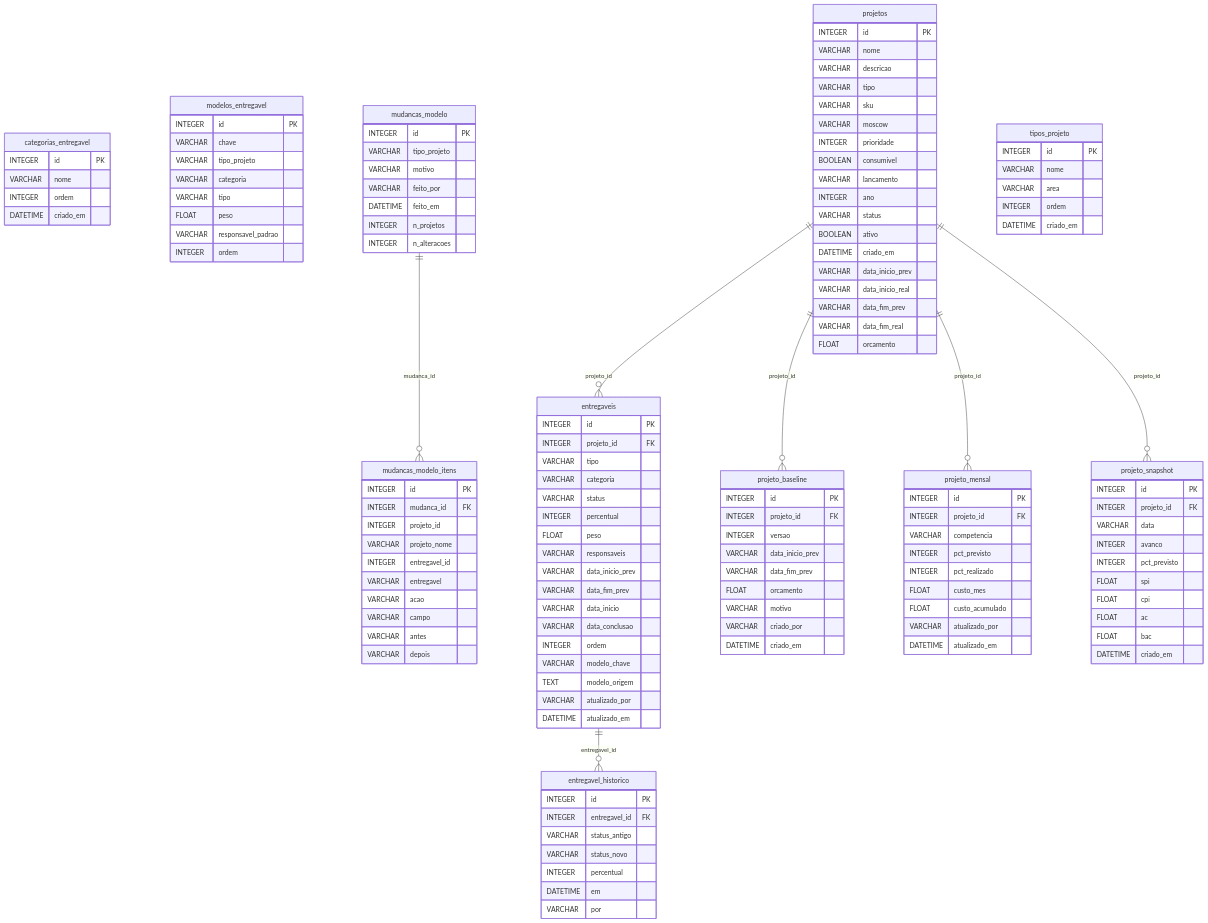
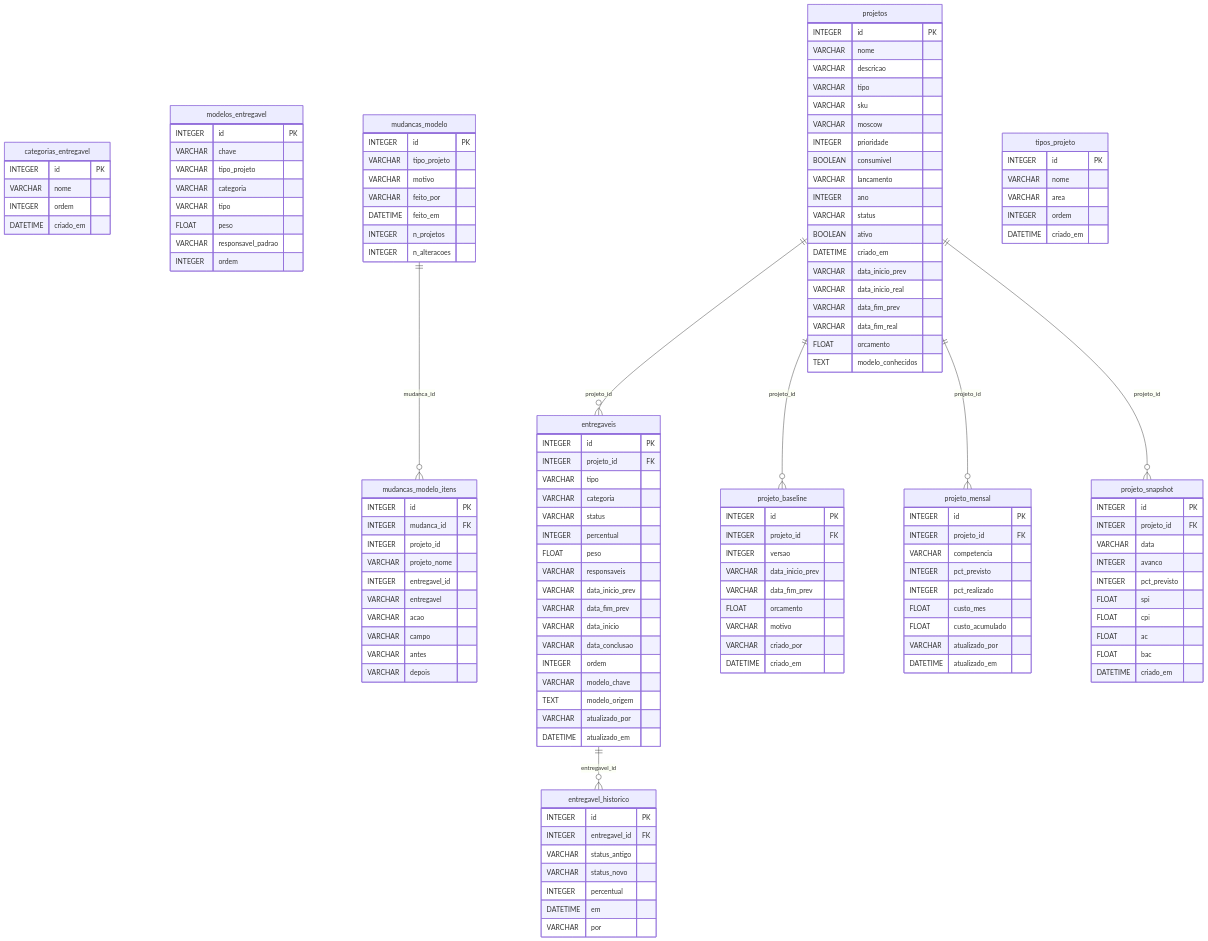
One commit to Melkbonfa/doctrack changed the fifth of 10 diagrams in docs/referencia/dados.md. Above: the diagram before and after it, drawn with Mermaid. The commit also changed other lines of this file and 9 other files, not shown here.

```diff
--- a/docs/referencia/dados.md
+++ b/docs/referencia/dados.md
@@ -826,6 +826,7 @@
         VARCHAR data_fim_prev
         VARCHAR data_fim_real
         FLOAT orcamento
+        TEXT modelo_conhecidos
     }
     tipos_projeto {
         INTEGER id PK
```
